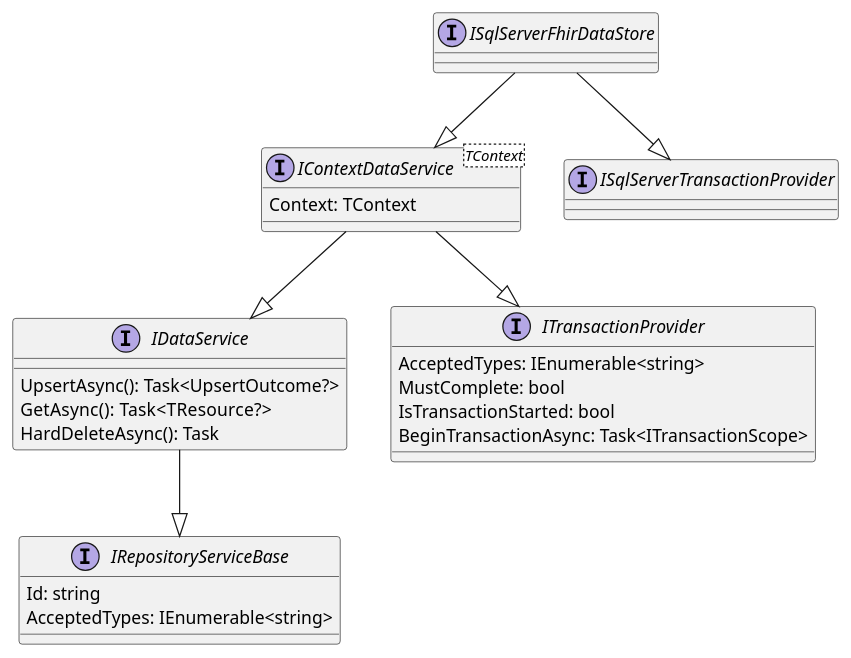
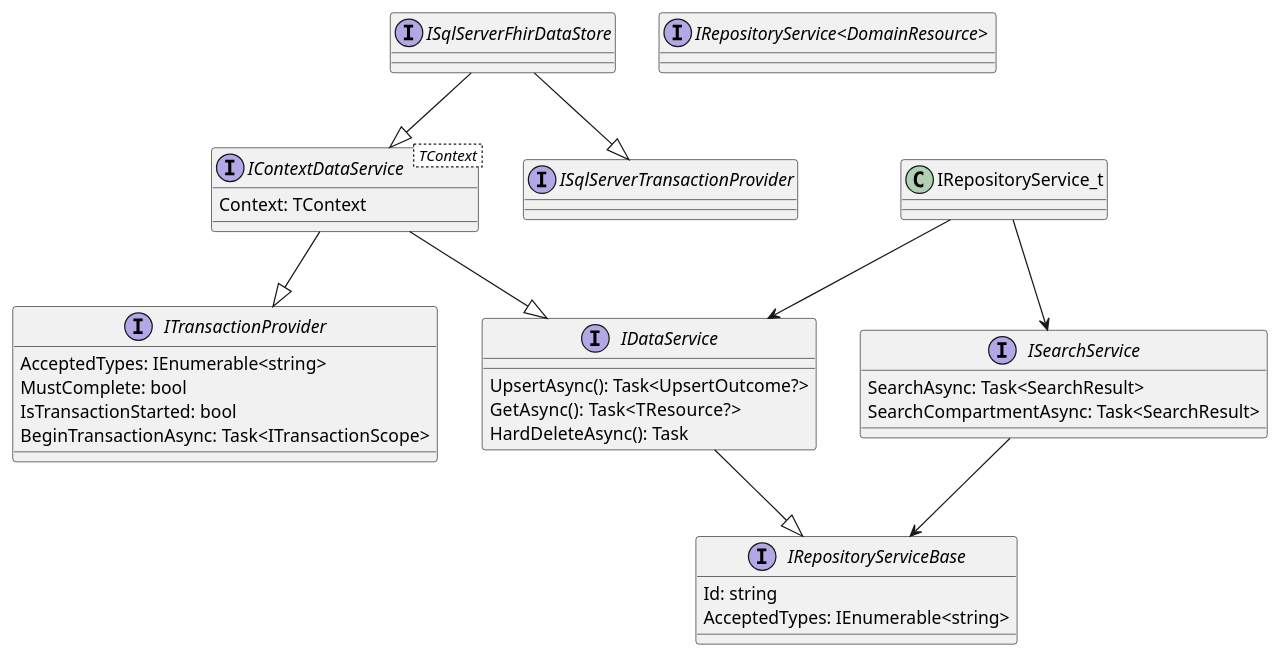
The diagram in vault/fhir/class-diagram.puml (jackliusr/foam-pkm), drawn with PlantUML before and after one commit. The commit also changed 17 other files, not shown here.

```diff
--- a/vault/fhir/class-diagram.puml
+++ b/vault/fhir/class-diagram.puml
@@ -1,34 +1,50 @@
 @startuml
 
 interface IRepositoryServiceBase{
     Id: string
     AcceptedTypes: IEnumerable<string>
 }
 
 interface IDataService {
     UpsertAsync(): Task<UpsertOutcome?>
     GetAsync():  Task<TResource?>
     HardDeleteAsync(): Task
 }
 
 interface ITransactionProvider {
     AcceptedTypes: IEnumerable<string> 
     MustComplete: bool
     IsTransactionStarted: bool
     BeginTransactionAsync: Task<ITransactionScope>
 }
 
-interface IContextDataService as "IContextDataService<TContext>" {
+interface IContextDataService< TContext > {
     Context: TContext
 }
 interface ISqlServerTransactionProvider{
 
 }
 interface ISqlServerFhirDataStore{
 }
+
+interface  ISearchService {
+    SearchAsync: Task<SearchResult>
+    SearchCompartmentAsync: Task<SearchResult>
+}
+
+interface IRepositoryService as "IRepositoryService<DomainResource> " {
+
+}
+interface IRepositoryService {
+
+}
+
 IContextDataService -d-|> ITransactionProvider
 IContextDataService -d-|> IDataService
 ISqlServerFhirDataStore -d-|> IContextDataService
 ISqlServerFhirDataStore -d-|> ISqlServerTransactionProvider
 IDataService -d-|> IRepositoryServiceBase
+ISearchService -d->IRepositoryServiceBase
+IRepositoryService_t -d-> ISearchService
+IRepositoryService_t -d-> IDataService
 @enduml
```
